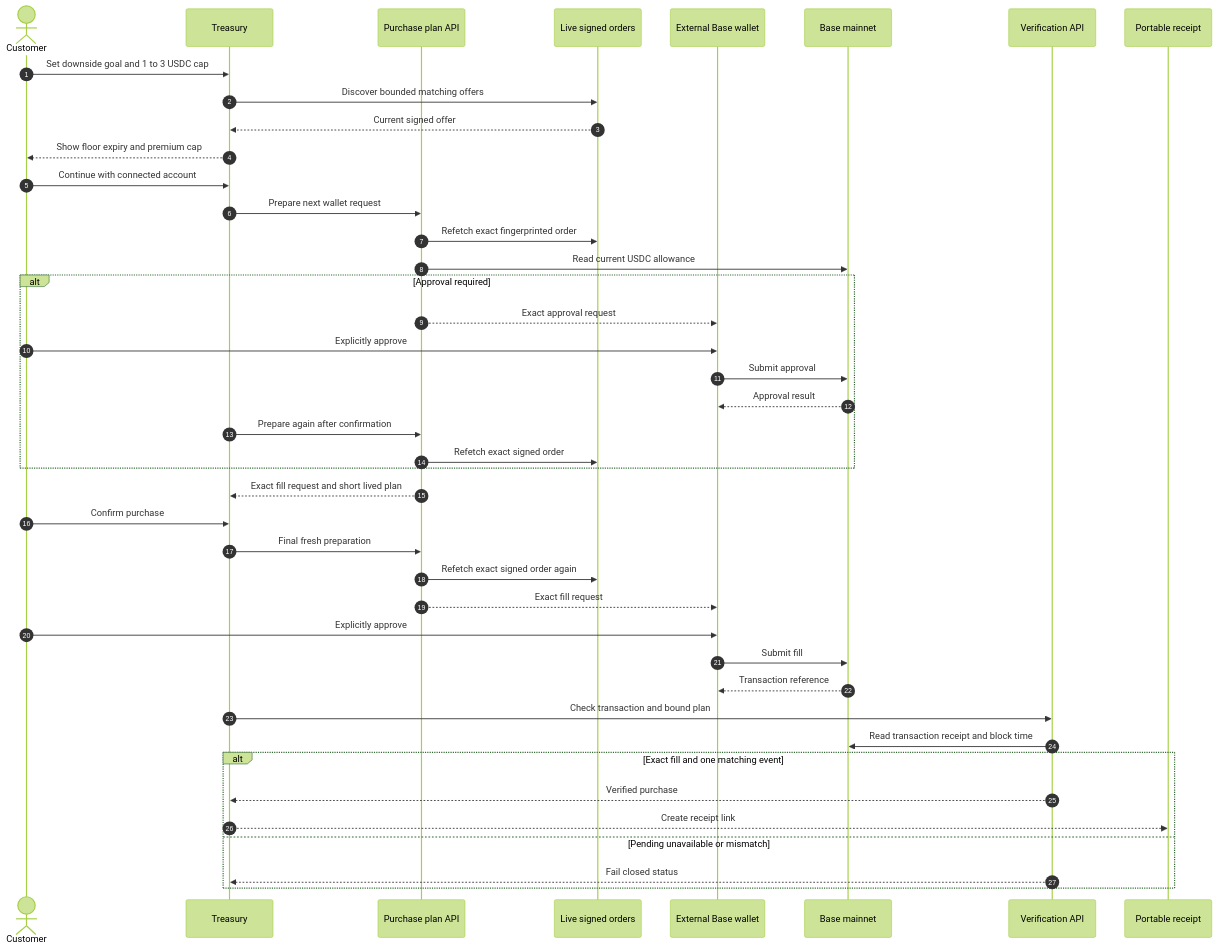
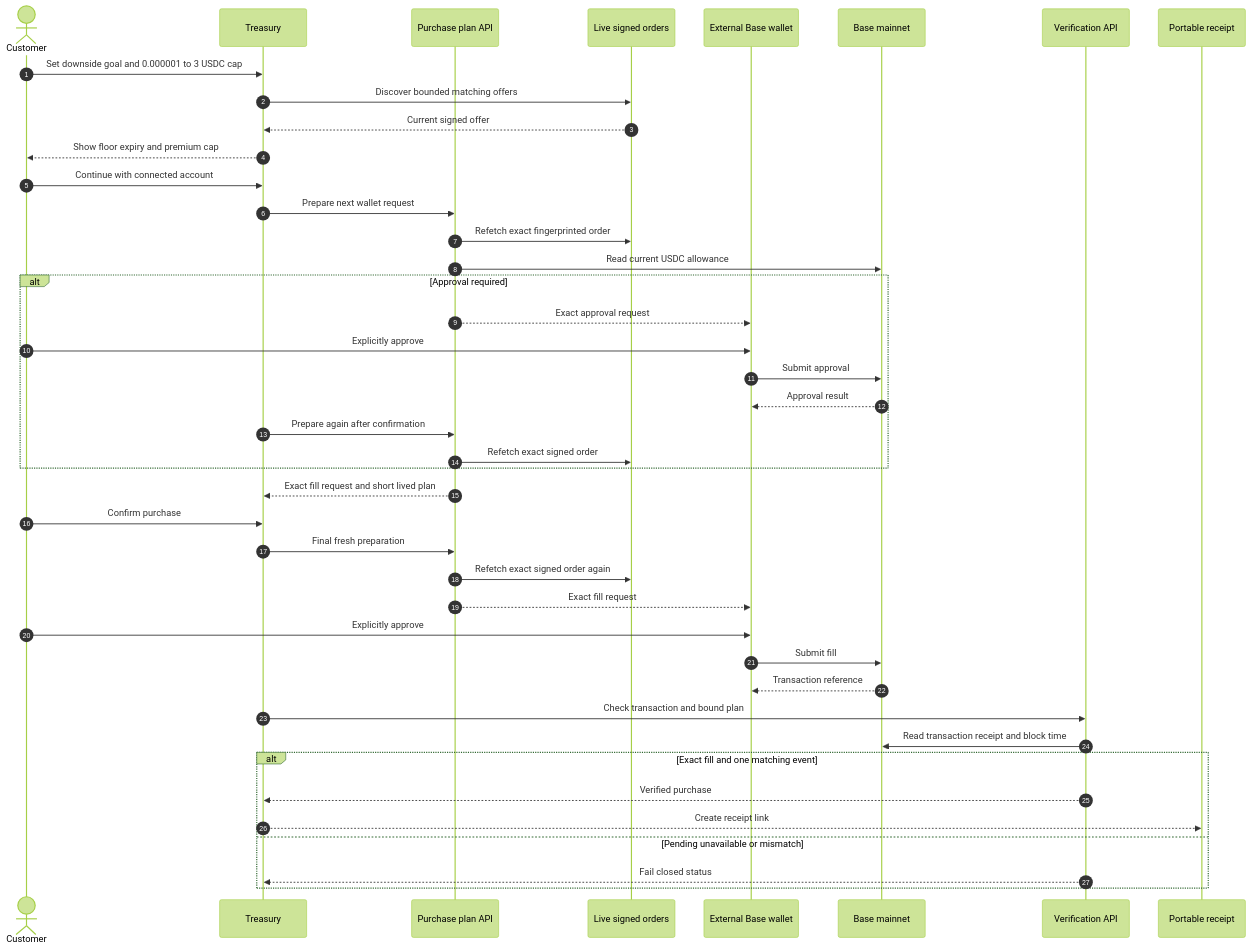
Before and after one commit to MUBA-Hack/convey-sui: the fourth of 5 diagrams in README.md, drawn with Mermaid (forest theme). The commit also changed other lines of this file and 11 other files, not shown here.

````diff
--- a/README.md
+++ b/README.md
@@ -1085,45 +1091,45 @@
 ```mermaid
 sequenceDiagram
   autonumber
   actor Customer
   participant Desk as Treasury
   participant Plan as Purchase plan API
   participant Orders as Live signed orders
   participant Wallet as External Base wallet
   participant Base as Base mainnet
   participant Verify as Verification API
   participant Proof as Portable receipt
 
-  Customer->>Desk: Set downside goal and 1 to 3 USDC cap
+  Customer->>Desk: Set downside goal and 0.000001 to 3 USDC cap
   Desk->>Orders: Discover bounded matching offers
   Orders-->>Desk: Current signed offer
   Desk-->>Customer: Show floor expiry and premium cap
   Customer->>Desk: Continue with connected account
   Desk->>Plan: Prepare next wallet request
   Plan->>Orders: Refetch exact fingerprinted order
   Plan->>Base: Read current USDC allowance
   alt Approval required
     Plan-->>Wallet: Exact approval request
     Customer->>Wallet: Explicitly approve
     Wallet->>Base: Submit approval
     Base-->>Wallet: Approval result
     Desk->>Plan: Prepare again after confirmation
     Plan->>Orders: Refetch exact signed order
   end
   Plan-->>Desk: Exact fill request and short lived plan
   Customer->>Desk: Confirm purchase
   Desk->>Plan: Final fresh preparation
   Plan->>Orders: Refetch exact signed order again
   Plan-->>Wallet: Exact fill request
   Customer->>Wallet: Explicitly approve
   Wallet->>Base: Submit fill
   Base-->>Wallet: Transaction reference
   Desk->>Verify: Check transaction and bound plan
   Verify->>Base: Read transaction receipt and block time
   alt Exact fill and one matching event
     Verify-->>Desk: Verified purchase
     Desk-->>Proof: Create receipt link
   else Pending unavailable or mismatch
     Verify-->>Desk: Fail closed status
   end
 ```
````
